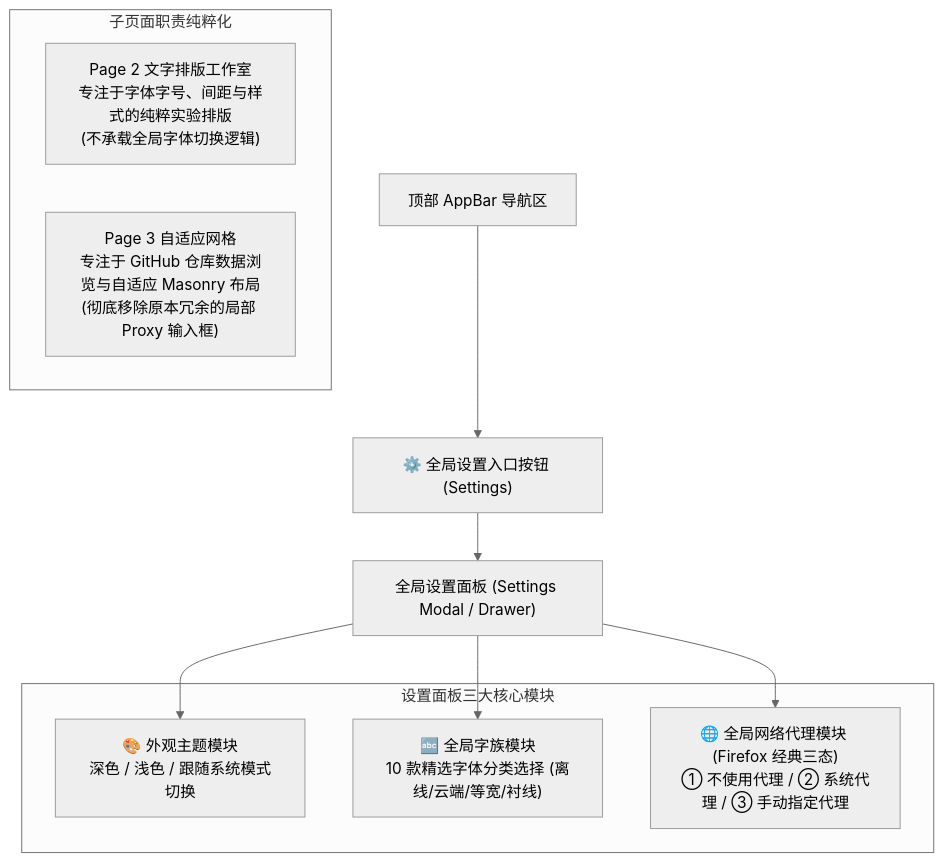
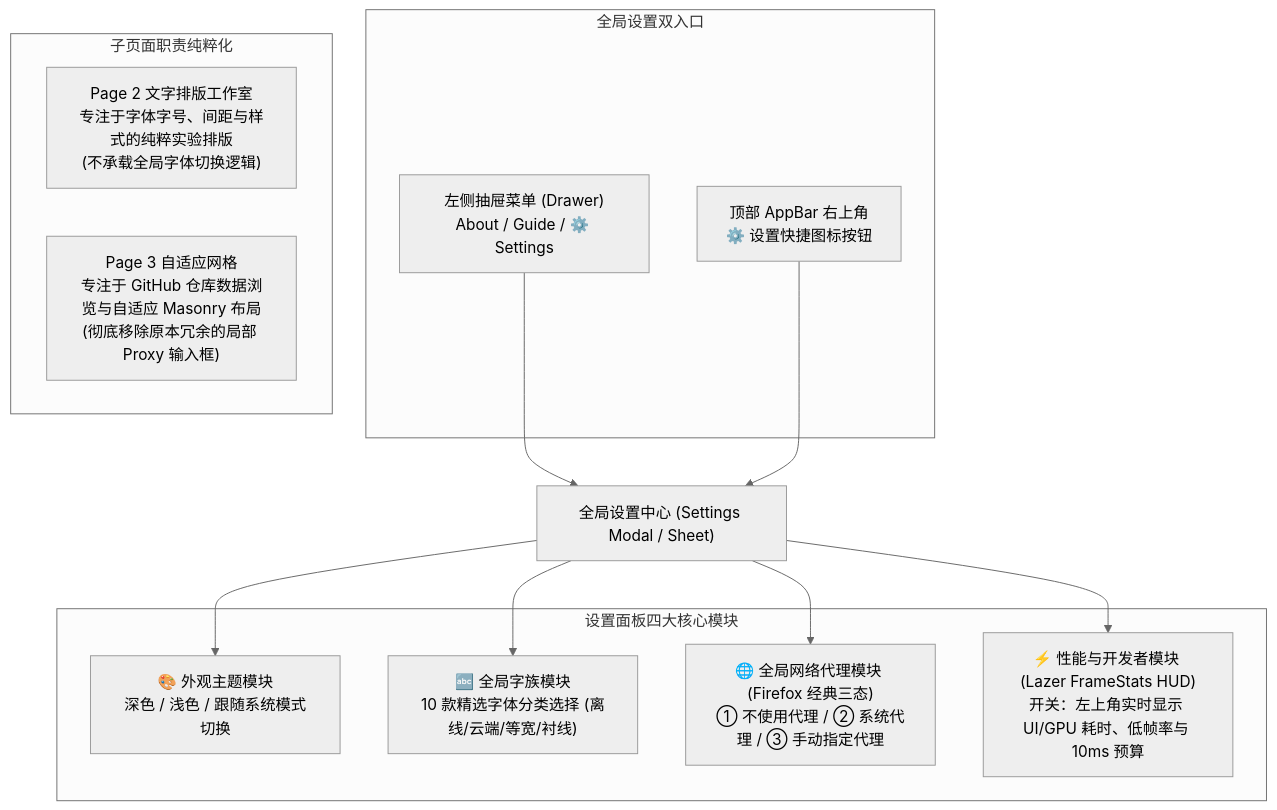
The first of 5 diagrams in doc/dev/20261113.新版本0.6.x的字体和界面ui等等优化捏/20261113.新版本0.6.x的字体和界面ui等等优化捏.md (VincentZyuApps/dart-flutter-demo), drawn with Mermaid (neutral theme) before and after one commit. The commit also changed other lines of this file, not shown here.

First line of the commit message:
docs(dev): 纳入 Lazer 风格性能 HUD 胶囊与抽屉/AppBar 设置双入口规划

````diff
--- a/doc/dev/20261113.新版本0.6.x的字体和界面ui等等优化捏/20261113.新版本0.6.x的字体和界面ui等等优化捏.md
+++ b/doc/dev/20261113.新版本0.6.x的字体和界面ui等等优化捏/20261113.新版本0.6.x的字体和界面ui等等优化捏.md
@@ -18,20 +18,27 @@
 ```mermaid
 graph TD
-    AppBar["顶部 AppBar 导航区"] --> SettingsBtn["⚙️ 全局设置入口按钮 (Settings)"]
-    SettingsBtn --> Modal["全局设置面板 (Settings Modal / Drawer)"]
+    subgraph Entry_Points["全局设置双入口"]
+        Drawer["左侧抽屉菜单 (Drawer)<br/>About / Guide / ⚙️ Settings"]
+        AppBarBtn["顶部 AppBar 右上角<br/>⚙️ 设置快捷图标按钮"]
+    end
 
-    subgraph Modal_Content["设置面板三大核心模块"]
+    Drawer --> Modal["全局设置中心 (Settings Modal / Sheet)"]
+    AppBarBtn --> Modal
+
+    subgraph Modal_Content["设置面板四大核心模块"]
         M1["🎨 外观主题模块<br/>深色 / 浅色 / 跟随系统模式切换"]
         M2["🔤 全局字族模块<br/>10 款精选字体分类选择 (离线/云端/等宽/衬线)"]
         M3["🌐 全局网络代理模块 (Firefox 经典三态)<br/>① 不使用代理 / ② 系统代理 / ③ 手动指定代理"]
+        M4["⚡ 性能与开发者模块 (Lazer FrameStats HUD)<br/>开关：左上角实时显示 UI/GPU 耗时、低帧率与 10ms 预算"]
     end
 
     Modal --> M1
     Modal --> M2
     Modal --> M3
+    Modal --> M4
 
     subgraph Pages_Cleaned["子页面职责纯粹化"]
         P2["Page 2 文字排版工作室<br/>专注于字体字号、间距与样式的纯粹实验排版<br/>(不承载全局字体切换逻辑)"]
         P3["Page 3 自适应网格<br/>专注于 GitHub 仓库数据浏览与自适应 Masonry 布局<br/>(彻底移除原本冗余的局部 Proxy 输入框)"]
     end
 ```
````
